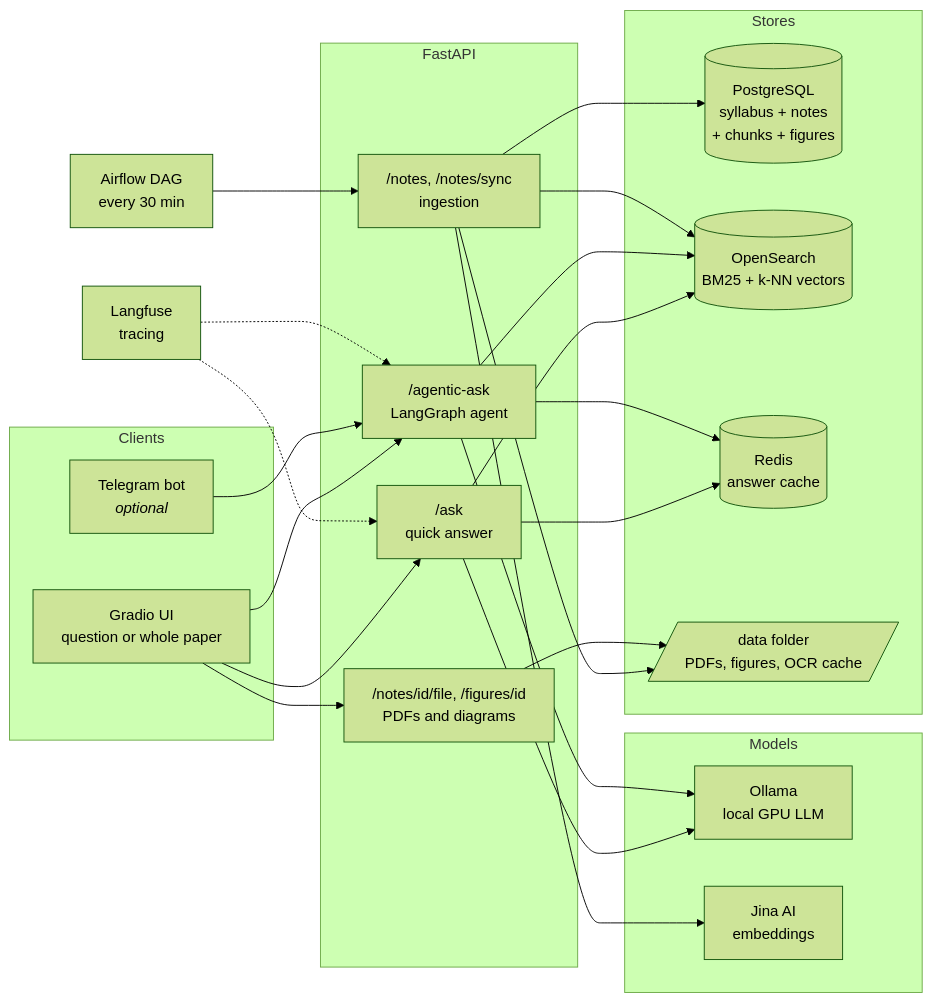
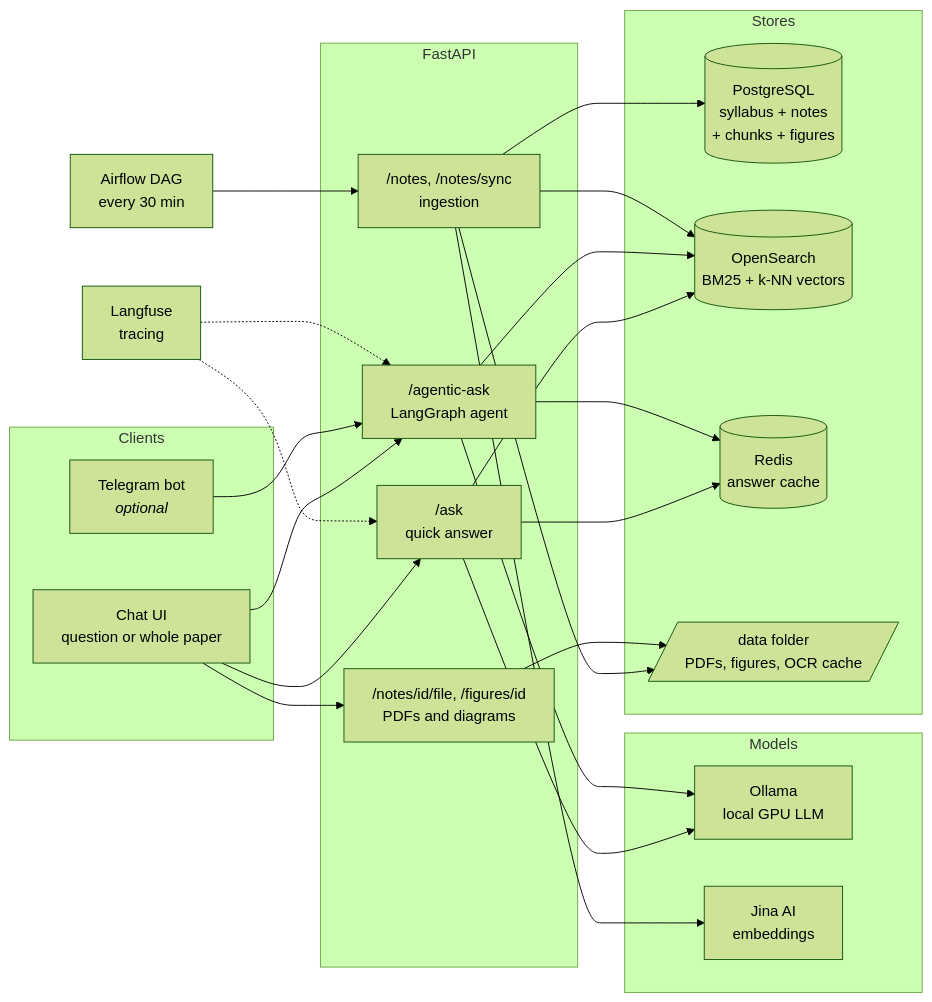
The first of 6 diagrams in README.md (ProblematicPP/vtu-rag-assistant), drawn with Mermaid (forest theme) before and after one commit. The commit also changed other lines of this file and 1 other file, not shown here.

````diff
--- a/README.md
+++ b/README.md
@@ -49,37 +49,37 @@
 ```mermaid
 flowchart LR
     subgraph Clients
-        G[Gradio UI<br/>question or whole paper]
+        G[Chat UI<br/>question or whole paper]
         T[Telegram bot<br/><i>optional</i>]
     end
 
     subgraph API["FastAPI"]
         ASK["/ask<br/>quick answer"]
         AGENT["/agentic-ask<br/>LangGraph agent"]
         NOTES["/notes, /notes/sync<br/>ingestion"]
         FILES["/notes/id/file, /figures/id<br/>PDFs and diagrams"]
     end
 
     subgraph Stores
         PG[(PostgreSQL<br/>syllabus + notes<br/>+ chunks + figures)]
         OS[(OpenSearch<br/>BM25 + k-NN vectors)]
         RD[(Redis<br/>answer cache)]
         FS[/data folder<br/>PDFs, figures, OCR cache/]
     end
 
     subgraph Models
         OL[Ollama<br/>local GPU LLM]
         JI[Jina AI<br/>embeddings]
     end
 
     G --> ASK & AGENT & FILES
     T --> AGENT
     ASK & AGENT --> OS
     ASK & AGENT --> RD
     ASK & AGENT --> OL
     NOTES --> PG & OS & FS
     NOTES --> JI
     FILES --> FS
     AIR[Airflow DAG<br/>every 30 min] --> NOTES
     LF[Langfuse<br/>tracing] -.-> ASK & AGENT
 ```
````
